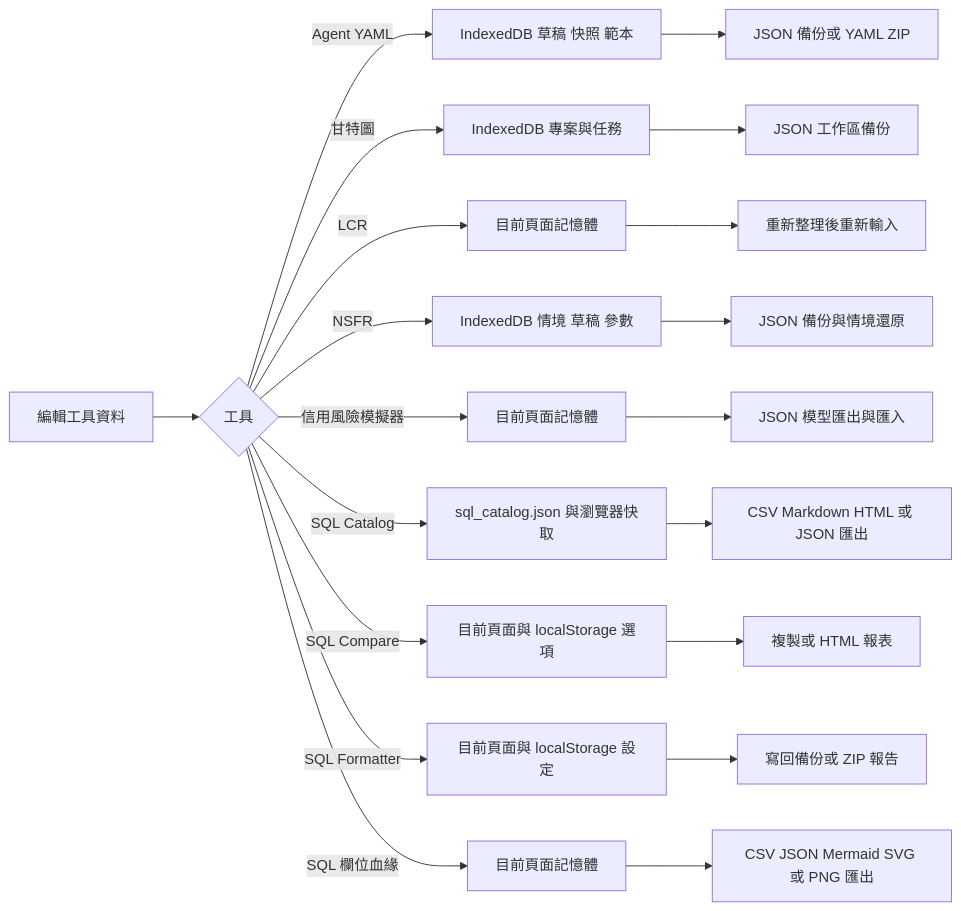
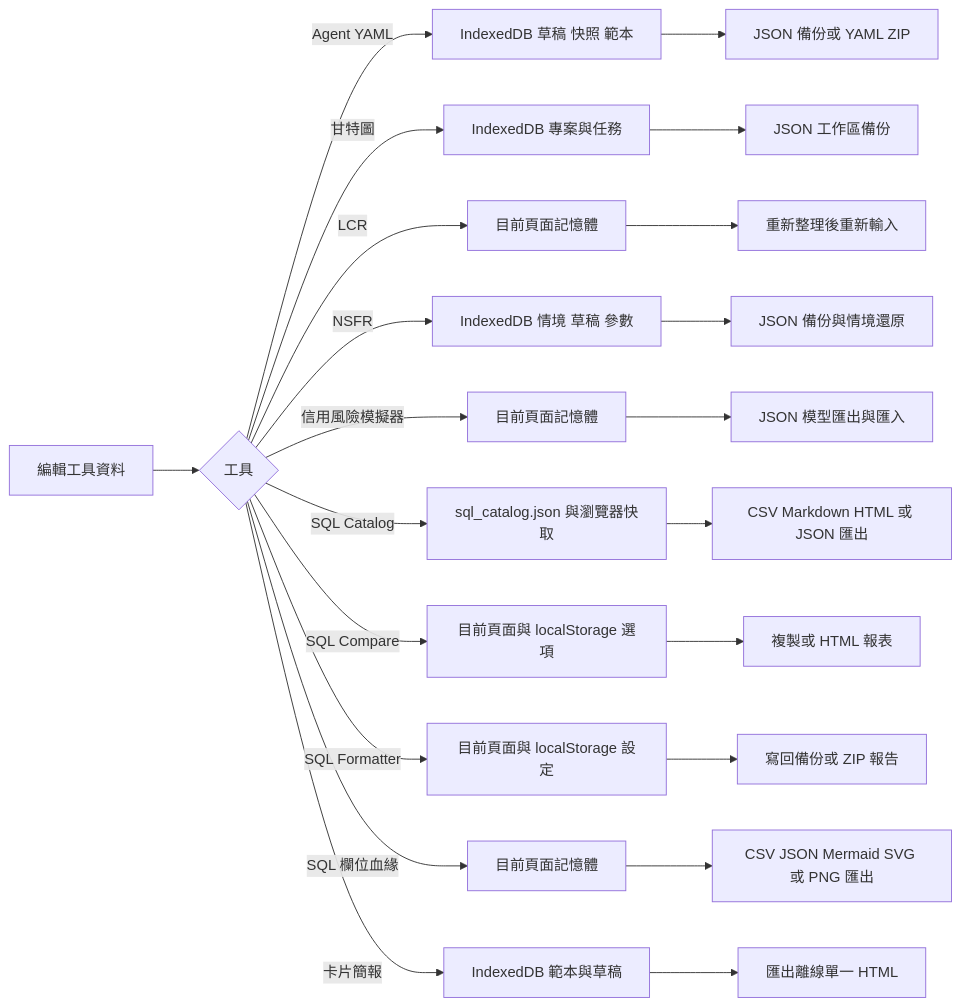
One commit to DunkLiao/my-spa-tools changed diagram 11 of 11 in README.md. Above: the diagram before and after it, drawn with Mermaid. The commit also changed other lines of this file and 1 other file, not shown here.

````diff
--- a/README.md
+++ b/README.md
@@ -435,22 +479,24 @@
 ```mermaid
 flowchart LR
     A[編輯工具資料] --> B{工具}
     B -->|Agent YAML| C[IndexedDB 草稿 快照 範本]
     B -->|甘特圖| D[IndexedDB 專案與任務]
     B -->|LCR| E[目前頁面記憶體]
     B -->|NSFR| K[IndexedDB 情境 草稿 參數]
     B -->|信用風險模擬器| U[目前頁面記憶體]
     B -->|SQL Catalog| I[sql_catalog.json 與瀏覽器快取]
     B -->|SQL Compare| M[目前頁面與 localStorage 選項]
     B -->|SQL Formatter| N[目前頁面與 localStorage 設定]
     B -->|SQL 欄位血緣| R[目前頁面記憶體]
+    B -->|卡片簡報| W[IndexedDB 範本與草稿]
     C --> F[JSON 備份或 YAML ZIP]
     D --> G[JSON 工作區備份]
     E --> H[重新整理後重新輸入]
     K --> L[JSON 備份與情境還原]
     U --> V[JSON 模型匯出與匯入]
     I --> J[CSV Markdown HTML 或 JSON 匯出]
     M --> O[複製或 HTML 報表]
     N --> P[寫回備份或 ZIP 報告]
     R --> S[CSV JSON Mermaid SVG 或 PNG 匯出]
+    W --> X[匯出離線單一 HTML]
 ```
````
